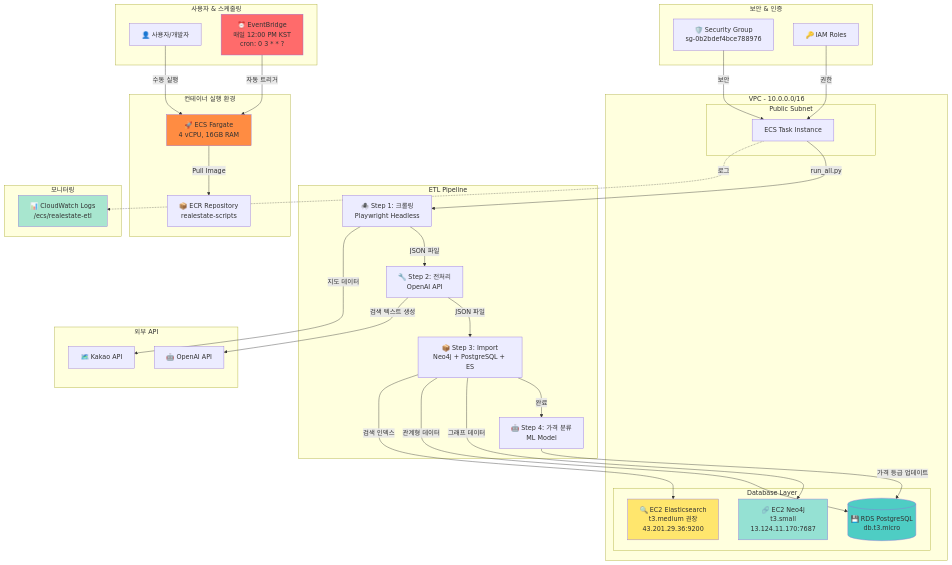
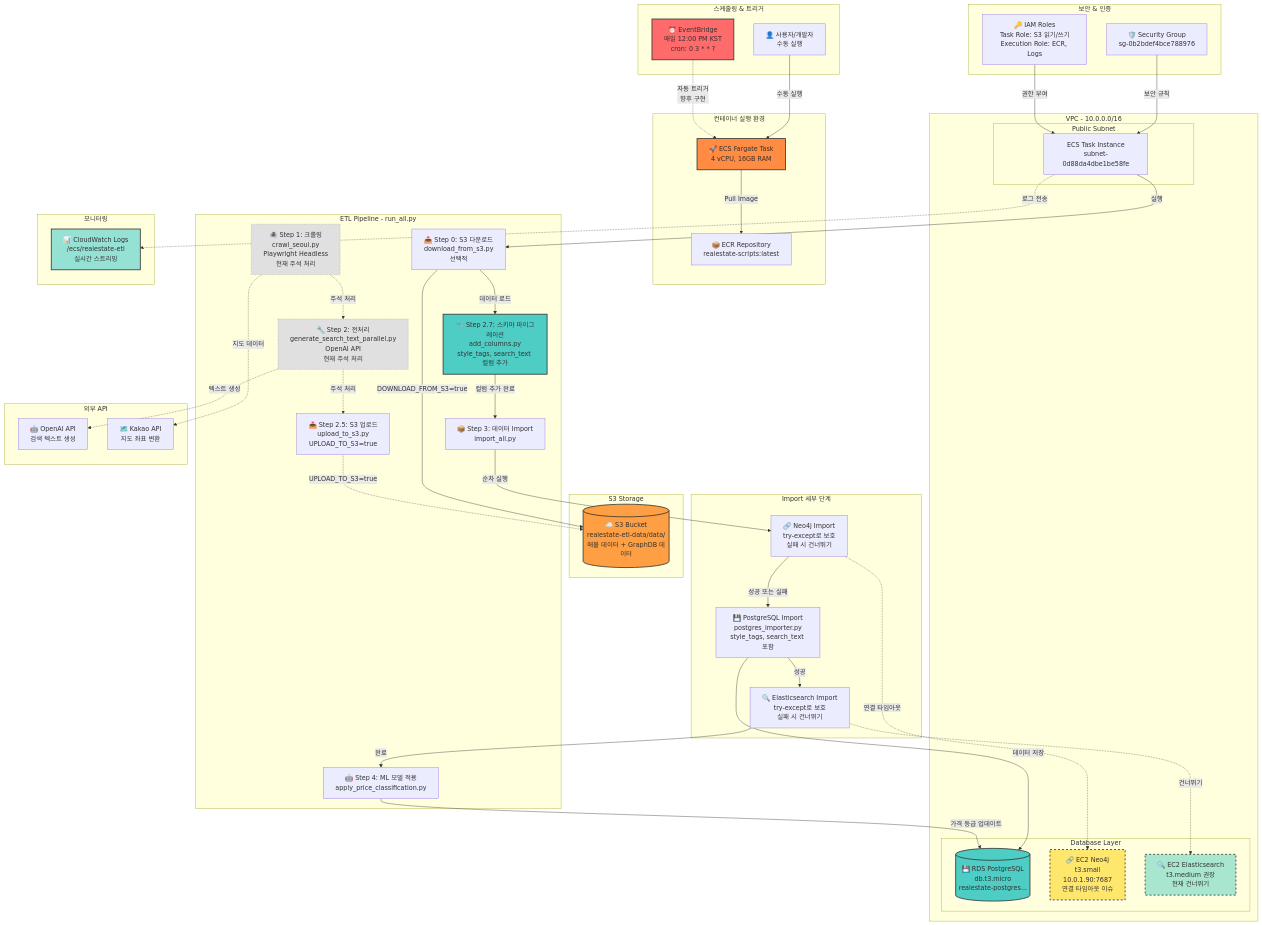
One commit to SKNETWORKS-FAMILY-AICAMP/SKN18-FINAL-1TEAM changed the diagram in infrastructure/AWS_ETL_SETUP_GUIDE.md. Above: the diagram before and after it, drawn with Mermaid. The commit also changed other lines of this file and 2 other files, not shown here.

Commit message:
feat: es 추가

````diff
--- a/infrastructure/AWS_ETL_SETUP_GUIDE.md
+++ b/infrastructure/AWS_ETL_SETUP_GUIDE.md
@@ -11,71 +11,106 @@
 ```mermaid
 graph TB
-    subgraph "사용자 & 스케줄링"
-        User[👤 사용자/개발자]
+    subgraph "스케줄링 & 트리거"
+        User[👤 사용자/개발자<br/>수동 실행]
         EB[⏰ EventBridge<br/>매일 12:00 PM KST<br/>cron: 0 3 * * ?]
     end
 
     subgraph "컨테이너 실행 환경"
-        ECR[📦 ECR Repository<br/>realestate-scripts]
-        ECS[🚀 ECS Fargate<br/>4 vCPU, 16GB RAM]
+        ECR[📦 ECR Repository<br/>realestate-scripts:latest]
+        ECS[🚀 ECS Fargate Task<br/>4 vCPU, 16GB RAM]
     end
 
-    subgraph "ETL Pipeline"
-        Step1[🕷️ Step 1: 크롤링<br/>Playwright Headless]
-        Step2[🔧 Step 2: 전처리<br/>OpenAI API]
-        Step3[📦 Step 3: Import<br/>Neo4j + PostgreSQL + ES]
-        Step4[🤖 Step 4: 가격 분류<br/>ML Model]
+    subgraph "ETL Pipeline - run_all.py"
+        S3_Download[📥 Step 0: S3 다운로드<br/>download_from_s3.py<br/>선택적]
+        
+        Crawl[🕷️ Step 1: 크롤링<br/>crawl_seoul.py<br/>Playwright Headless<br/>현재 주석 처리]
+        
+        Preprocess[🔧 Step 2: 전처리<br/>generate_search_text_parallel.py<br/>OpenAI API<br/>현재 주석 처리]
+        
+        S3_Upload[📤 Step 2.5: S3 업로드<br/>upload_to_s3.py<br/>UPLOAD_TO_S3=true]
+        
+        Migration[🔧 Step 2.7: 스키마 마이그레이션<br/>add_columns.py<br/>style_tags, search_text 컬럼 추가]
+        
+        Import[📦 Step 3: 데이터 Import<br/>import_all.py]
+        
+        ML[🤖 Step 4: ML 모델 적용<br/>apply_price_classification.py]
+    end
+
+    subgraph "S3 Storage"
+        S3[(☁️ S3 Bucket<br/>realestate-etl-data/data/<br/>매물 데이터 + GraphDB 데이터)]
+    end
+
+    subgraph "Import 세부 단계"
+        Neo4j_Import[🔗 Neo4j Import<br/>try-except로 보호<br/>실패 시 건너뛰기]
+        PG_Import[💾 PostgreSQL Import<br/>postgres_importer.py<br/>style_tags, search_text 포함]
+        ES_Import[🔍 Elasticsearch Import<br/>try-except로 보호<br/>실패 시 건너뛰기]
     end
 
     subgraph "VPC - 10.0.0.0/16"
         subgraph "Public Subnet"
-            ECS_Task[ECS Task Instance]
+            ECS_Task[ECS Task Instance<br/>subnet-0d88da4dbe1be58fe]
         end
         
         subgraph "Database Layer"
-            RDS[(💾 RDS PostgreSQL<br/>db.t3.micro)]
-            Neo4j[🔗 EC2 Neo4j<br/>t3.small<br/>13.124.11.170:7687]
-            ES[🔍 EC2 Elasticsearch<br/>t3.medium 권장<br/>43.201.29.36:9200]
+            RDS[(💾 RDS PostgreSQL<br/>db.t3.micro<br/>realestate-postgres...)]
+            Neo4j[🔗 EC2 Neo4j<br/>t3.small<br/>10.0.1.90:7687<br/>연결 타임아웃 이슈]
+            ES[🔍 EC2 Elasticsearch<br/>t3.medium 권장<br/>현재 건너뛰기]
         end
     end
 
     subgraph "보안 & 인증"
         SG[🛡️ Security Group<br/>sg-0b2bdef4bce788976]
-        IAM[🔑 IAM Roles]
+        IAM[🔑 IAM Roles<br/>Task Role: S3 읽기/쓰기<br/>Execution Role: ECR, Logs]
     end
 
     subgraph "모니터링"
-        CW[📊 CloudWatch Logs<br/>/ecs/realestate-etl]
+        CW[📊 CloudWatch Logs<br/>/ecs/realestate-etl<br/>실시간 스트리밍]
     end
 
     subgraph "외부 API"
-        OpenAI[🤖 OpenAI API]
-        Kakao[🗺️ Kakao API]
+        OpenAI[🤖 OpenAI API<br/>검색 텍스트 생성]
+        Kakao[🗺️ Kakao API<br/>지도 좌표 변환]
     end
 
     User -->|수동 실행| ECS
-    EB -->|자동 트리거| ECS
+    EB -.->|자동 트리거<br/>향후 구현| ECS
     ECS -->|Pull Image| ECR
-    ECS_Task -->|run_all.py| Step1
-    Step1 -->|JSON 파일| Step2
-    Step2 -->|JSON 파일| Step3
-    Step3 -->|완료| Step4
+    ECS_Task -->|실행| S3_Download
     
-    Step1 -->|지도 데이터| Kakao
-    Step2 -->|검색 텍스트 생성| OpenAI
-    Step3 -->|그래프 데이터| Neo4j
-    Step3 -->|관계형 데이터| RDS
-    Step3 -->|검색 인덱스| ES
-    Step4 -->|가격 등급 업데이트| RDS
+    S3_Download -->|DOWNLOAD_FROM_S3=true| S3
+    S3_Download -->|데이터 로드| Migration
     
-    SG -->|보안| ECS_Task
-    IAM -->|권한| ECS_Task
-    ECS_Task -.->|로그| CW
+    Crawl -.->|주석 처리| Preprocess
+    Preprocess -.->|주석 처리| S3_Upload
+    S3_Upload -.->|UPLOAD_TO_S3=true| S3
+    
+    Migration -->|컬럼 추가 완료| Import
+    Import -->|순차 실행| Neo4j_Import
+    Neo4j_Import -->|성공 또는 실패| PG_Import
+    PG_Import -->|성공| ES_Import
+    ES_Import -->|완료| ML
+    
+    Neo4j_Import -.->|연결 타임아웃| Neo4j
+    PG_Import -->|데이터 저장| RDS
+    ES_Import -.->|건너뛰기| ES
+    
+    ML -->|가격 등급 업데이트| RDS
+    
+    Crawl -.->|지도 데이터| Kakao
+    Preprocess -.->|텍스트 생성| OpenAI
+    
+    SG -->|보안 규칙| ECS_Task
+    IAM -->|권한 부여| ECS_Task
+    ECS_Task -.->|로그 전송| CW
 
-    style EB fill:#FF6B6B
-    style ECS fill:#FF8C42
-    style RDS fill:#4ECDC4
-    style Neo4j fill:#95E1D3
-    style ES fill:#FFE66D
-    style CW fill:#A8E6CF
+    style EB fill:#FF6B6B,stroke:#333,stroke-width:2px
+    style ECS fill:#FF8C42,stroke:#333,stroke-width:2px
+    style S3 fill:#FF9F43,stroke:#333,stroke-width:2px
+    style Migration fill:#4ECDC4,stroke:#333,stroke-width:2px
+    style RDS fill:#4ECDC4,stroke:#333,stroke-width:2px
+    style Neo4j fill:#FFE66D,stroke:#333,stroke-width:2px,stroke-dasharray: 5 5
+    style ES fill:#A8E6CF,stroke:#333,stroke-width:2px,stroke-dasharray: 5 5
+    style CW fill:#95E1D3,stroke:#333,stroke-width:2px
+    style Crawl fill:#E0E0E0,stroke:#999,stroke-width:1px,stroke-dasharray: 3 3
+    style Preprocess fill:#E0E0E0,stroke:#999,stroke-width:1px,stroke-dasharray: 3 3
 ```
````
